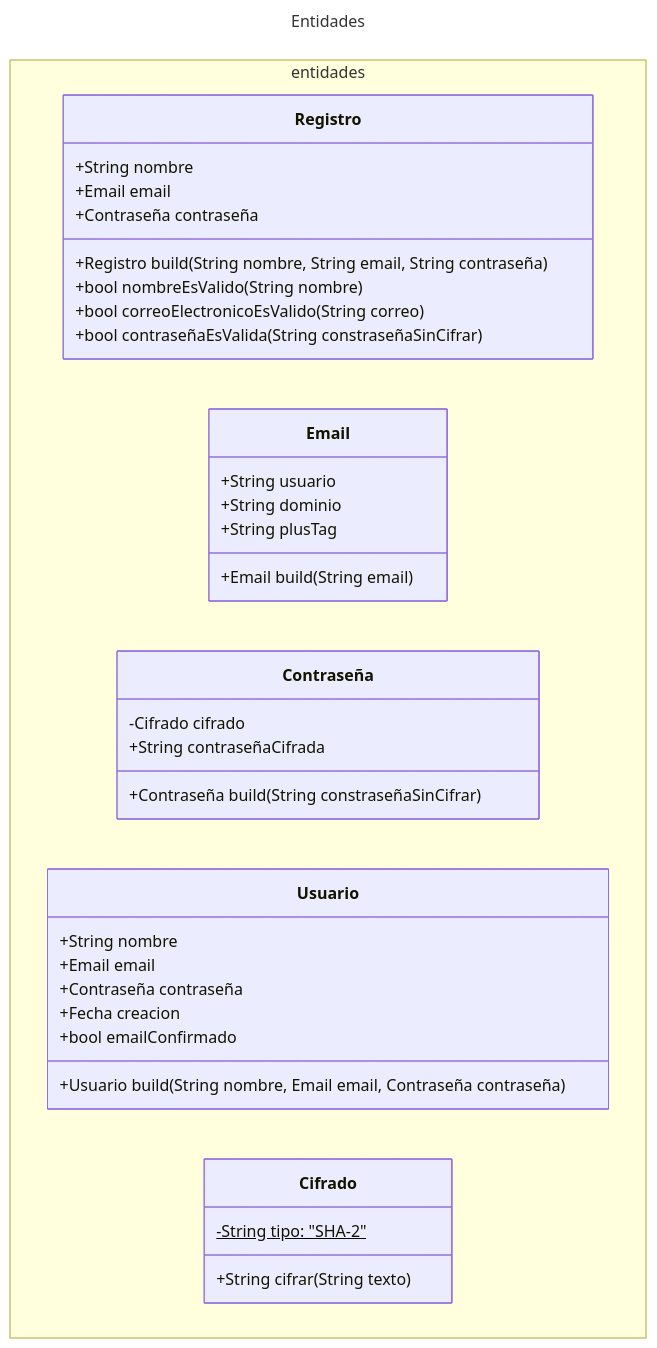
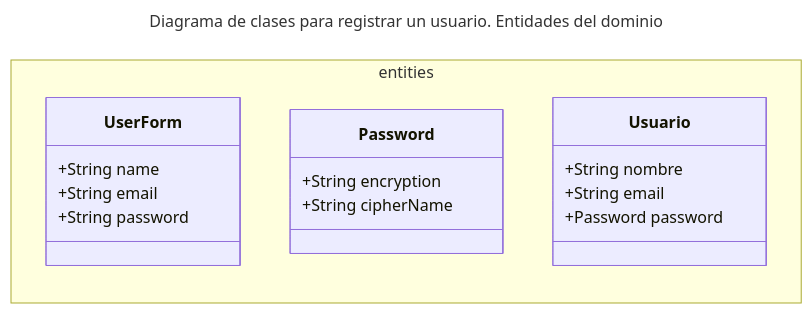
One commit to urrestarazu-alejandro/memo-backend changed the third of 3 diagrams in pages/draft/post-draft.md. Above: the diagram before and after it, drawn with Mermaid. The commit also changed other lines of this file and 13 other files, not shown here.

````diff
--- a/pages/draft/post-draft.md
+++ b/pages/draft/post-draft.md
@@ -190,50 +223,26 @@
 ```mermaid
 ---
-title: Entidades
+title: Diagrama de clases para registrar un usuario. Entidades del dominio
 ---
 classDiagram
+    direction LR
 
-namespace entidades {
-    class Registro {
-        +String nombre
-        +Email email
-        +Contraseña contraseña
+    namespace entities {
+        class UserForm {
+            +String name
+            +String email
+            +String password
+        }
 
-        +Registro build(String nombre, String email, String contraseña)
-        +bool nombreEsValido(String nombre)
-        +bool correoElectronicoEsValido(String correo)
-        +bool contraseñaEsValida(String constraseñaSinCifrar)
+        class Password {
+            +String encryption
+            +String cipherName
+        }
+
+        class Usuario {
+            +String nombre
+            +String email
+            +Password password
+        }
     }
-
-    class Email {
-        +String usuario
-        +String dominio
-        +String plusTag
-
-        +Email build(String email)
-    }
-
-    class Contraseña {        
-        -Cifrado cifrado
-        +String contraseñaCifrada
-
-        +Contraseña build(String constraseñaSinCifrar)
-    }
-
-    class Usuario {
-        +String nombre
-        +Email email
-        +Contraseña contraseña
-        +Fecha creacion
-        +bool emailConfirmado
-
-        +Usuario build(String nombre, Email email, Contraseña contraseña)
-    }
-
-    class Cifrado {
-        -String tipo: "SHA-2"$
-        
-        +String cifrar(String texto)
-    }
-}
 ```
````
